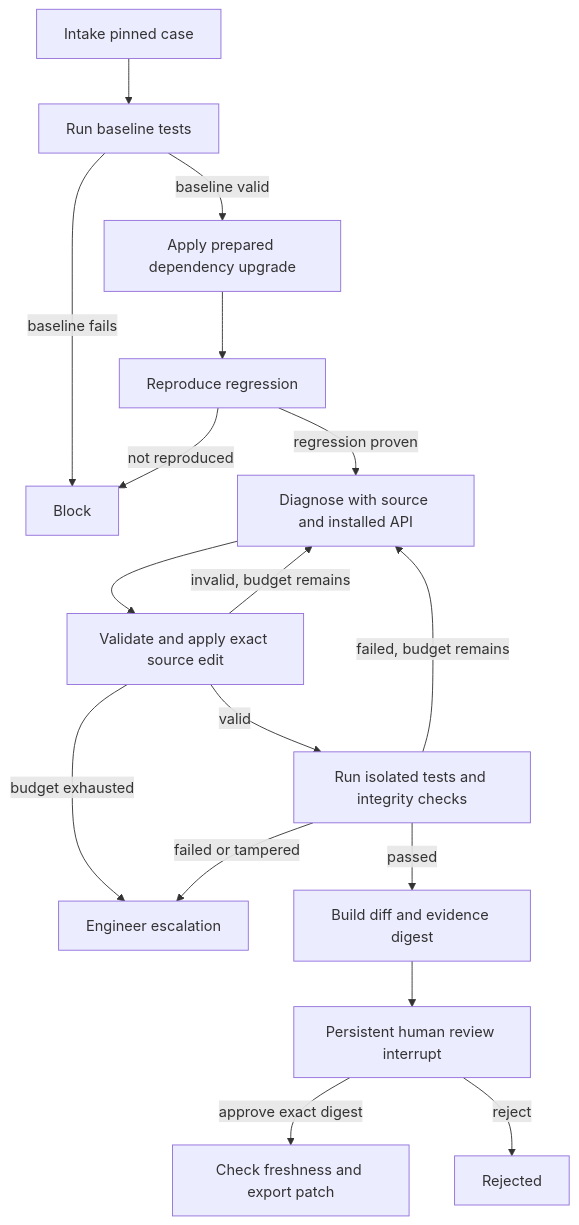
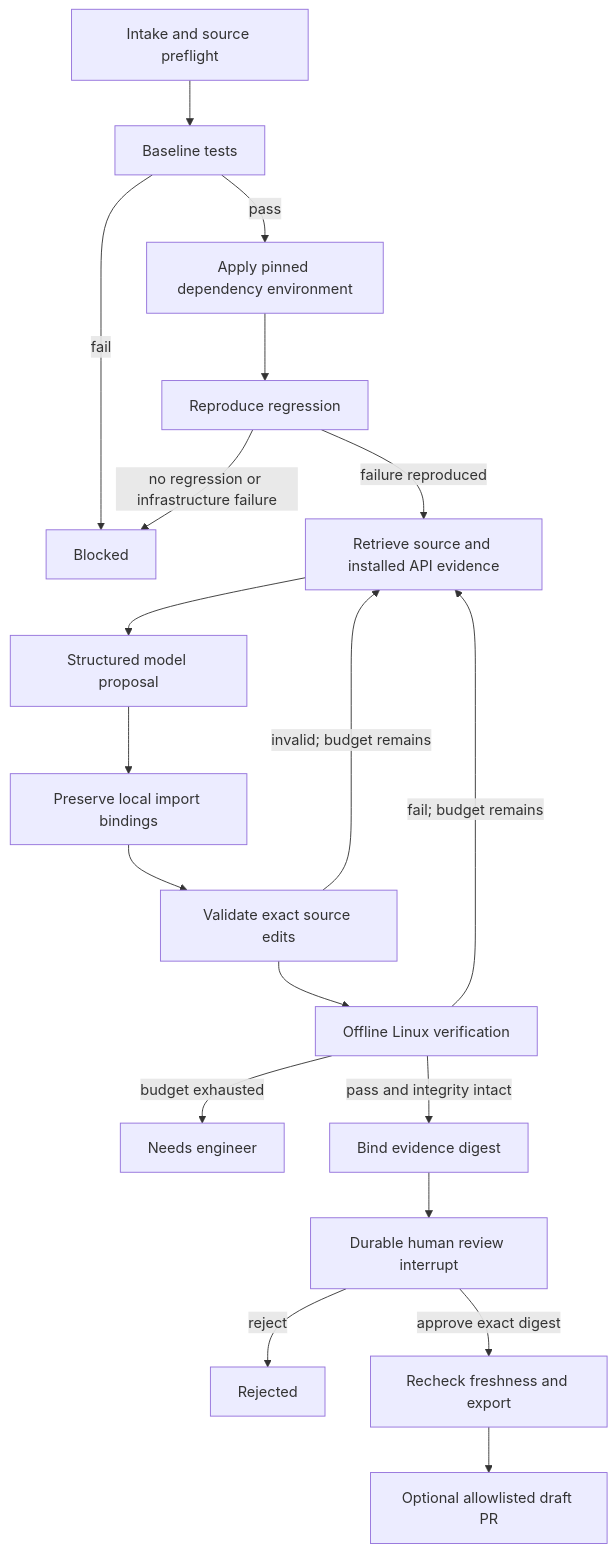
Before and after one commit to niteshnankani-svg/dependency-rescue-agent: the diagram in AGENT_FRAMEWORK.md, drawn with Mermaid. The commit also changed other lines of this file and 127 other files, not shown here.

````diff
--- a/AGENT_FRAMEWORK.md
+++ b/AGENT_FRAMEWORK.md
@@ -5,19 +5,21 @@
 ```mermaid
 flowchart TD
-    I[Intake pinned case] --> B[Run baseline tests]
-    B -->|baseline valid| U[Apply prepared dependency upgrade]
-    B -->|baseline fails| X[Block]
-    U --> R[Reproduce regression]
-    R -->|regression proven| D[Diagnose with source and installed API]
-    R -->|not reproduced| X
-    D --> A[Validate and apply exact source edit]
-    A -->|valid| V[Run isolated tests and integrity checks]
-    A -->|invalid, budget remains| D
-    A -->|budget exhausted| E[Engineer escalation]
-    V -->|failed, budget remains| D
-    V -->|failed or tampered| E
-    V -->|passed| P[Build diff and evidence digest]
-    P --> H[Persistent human review interrupt]
-    H -->|approve exact digest| F[Check freshness and export patch]
-    H -->|reject| N[Rejected]
+    A[Intake and source preflight] --> B[Baseline tests]
+    B -->|pass| C[Apply pinned dependency environment]
+    B -->|fail| X[Blocked]
+    C --> D[Reproduce regression]
+    D -->|failure reproduced| E[Retrieve source and installed API evidence]
+    D -->|no regression or infrastructure failure| X
+    E --> F[Structured model proposal]
+    F --> N[Preserve local import bindings]
+    N --> G[Validate exact source edits]
+    G --> H[Offline Linux verification]
+    G -->|invalid; budget remains| E
+    H -->|fail; budget remains| E
+    H -->|budget exhausted| Y[Needs engineer]
+    H -->|pass and integrity intact| I[Bind evidence digest]
+    I --> J[Durable human review interrupt]
+    J -->|reject| R[Rejected]
+    J -->|approve exact digest| K[Recheck freshness and export]
+    K --> L[Optional allowlisted draft PR]
 ```
````
